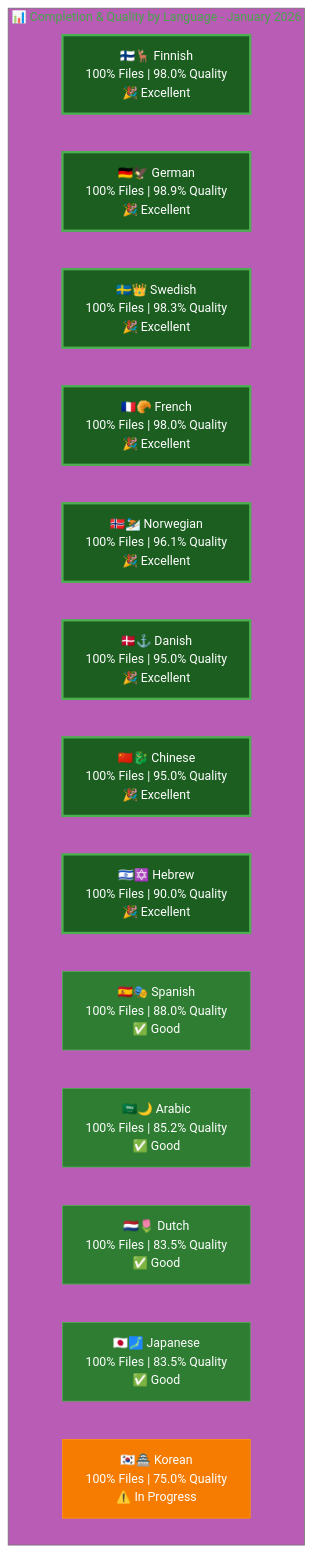
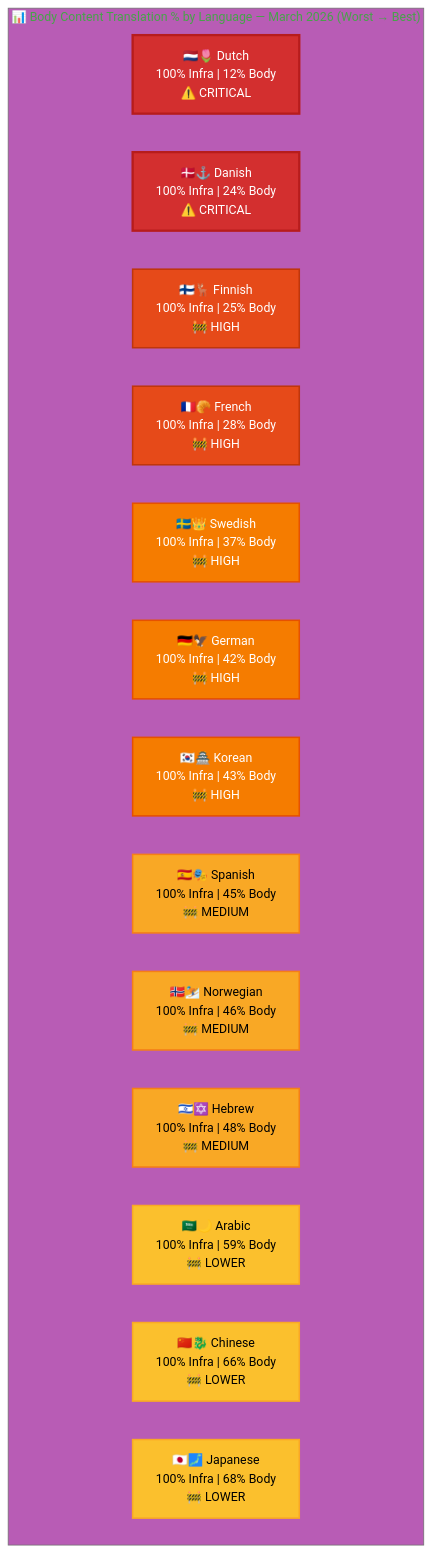
Before and after one commit to Hack23/homepage: the second of 2 diagrams in TRANSLATION_DOCUMENTATION_README.md, drawn with Mermaid. The commit also changed other lines of this file, not shown here.

Commit message:
Update TRANSLATION_DOCUMENTATION_README.md with accurate body content translation metrics

````diff
--- a/TRANSLATION_DOCUMENTATION_README.md
+++ b/TRANSLATION_DOCUMENTATION_README.md
@@ -343,35 +405,33 @@
 ```mermaid
 %%{init: {'theme':'base', 'themeVariables': { 'primaryColor':'#4CAF50','fontSize':'16px'}}}%%
 graph TB
-    subgraph "📊 Completion & Quality by Language - January 2026"
-        FI["🇫🇮🦌 Finnish<br/>100% Files | 98.0% Quality<br/>🎉 Excellent"]
-        DE["🇩🇪🦅 German<br/>100% Files | 98.9% Quality<br/>🎉 Excellent"]
-        SV["🇸🇪👑 Swedish<br/>100% Files | 98.3% Quality<br/>🎉 Excellent"]
-        FR["🇫🇷🥐 French<br/>100% Files | 98.0% Quality<br/>🎉 Excellent"]
-        
-        NO["🇳🇴⛷️ Norwegian<br/>100% Files | 96.1% Quality<br/>🎉 Excellent"]
-        DA["🇩🇰⚓ Danish<br/>100% Files | 95.0% Quality<br/>🎉 Excellent"]
-        ZH["🇨🇳🐉 Chinese<br/>100% Files | 95.0% Quality<br/>🎉 Excellent"]
-        HE["🇮🇱✡️ Hebrew<br/>100% Files | 90.0% Quality<br/>🎉 Excellent"]
-        
-        ES["🇪🇸🎭 Spanish<br/>100% Files | 88.0% Quality<br/>✅ Good"]
-        AR["🇸🇦🌙 Arabic<br/>100% Files | 85.2% Quality<br/>✅ Good"]
-        NL["🇳🇱🌷 Dutch<br/>100% Files | 83.5% Quality<br/>✅ Good"]
-        JA["🇯🇵🗾 Japanese<br/>100% Files | 83.5% Quality<br/>✅ Good"]
-        KO["🇰🇷🏯 Korean<br/>100% Files | 75.0% Quality<br/>⚠️ In Progress"]
-        
-        style FI fill:#1B5E20,stroke:#4CAF50,color:#fff,stroke-width:3px
-        style DE fill:#1B5E20,stroke:#4CAF50,color:#fff,stroke-width:3px
-        style SV fill:#1B5E20,stroke:#4CAF50,color:#fff,stroke-width:3px
-        style FR fill:#1B5E20,stroke:#4CAF50,color:#fff,stroke-width:3px
-        style NO fill:#1B5E20,stroke:#4CAF50,color:#fff,stroke-width:3px
-        style DA fill:#1B5E20,stroke:#4CAF50,color:#fff,stroke-width:3px
-        style ZH fill:#1B5E20,stroke:#4CAF50,color:#fff,stroke-width:3px
-        style HE fill:#1B5E20,stroke:#4CAF50,color:#fff,stroke-width:3px
-        style ES fill:#2E7D32,stroke:#4CAF50,color:#fff
-        style AR fill:#2E7D32,stroke:#4CAF50,color:#fff
-        style NL fill:#2E7D32,stroke:#4CAF50,color:#fff
-        style JA fill:#2E7D32,stroke:#4CAF50,color:#fff
-        style KO fill:#F57C00,stroke:#FF9800,color:#fff
+    subgraph "📊 Body Content Translation % by Language — March 2026 (Worst → Best)"
+        NL["🇳🇱🌷 Dutch\n100% Infra | 12% Body\n⚠️ CRITICAL"]
+        DA["🇩🇰⚓ Danish\n100% Infra | 24% Body\n⚠️ CRITICAL"]
+        FI["🇫🇮🦌 Finnish\n100% Infra | 25% Body\n🚧 HIGH"]
+        FR["🇫🇷🥐 French\n100% Infra | 28% Body\n🚧 HIGH"]
+        SV["🇸🇪👑 Swedish\n100% Infra | 37% Body\n🚧 HIGH"]
+        DE["🇩🇪🦅 German\n100% Infra | 42% Body\n🚧 HIGH"]
+        KO["🇰🇷🏯 Korean\n100% Infra | 43% Body\n🚧 HIGH"]
+        ES["🇪🇸🎭 Spanish\n100% Infra | 45% Body\n🚧 MEDIUM"]
+        NO["🇳🇴⛷️ Norwegian\n100% Infra | 46% Body\n🚧 MEDIUM"]
+        HE["🇮🇱✡️ Hebrew\n100% Infra | 48% Body\n🚧 MEDIUM"]
+        AR["🇸🇦🌙 Arabic\n100% Infra | 59% Body\n🚧 LOWER"]
+        ZH["🇨🇳🐉 Chinese\n100% Infra | 66% Body\n🚧 LOWER"]
+        JA["🇯🇵🗾 Japanese\n100% Infra | 68% Body\n🚧 LOWER"]
+
+        style NL fill:#D32F2F,stroke:#B71C1C,color:#fff,stroke-width:3px
+        style DA fill:#D32F2F,stroke:#B71C1C,color:#fff,stroke-width:3px
+        style FI fill:#E64A19,stroke:#BF360C,color:#fff,stroke-width:2px
+        style FR fill:#E64A19,stroke:#BF360C,color:#fff,stroke-width:2px
+        style SV fill:#F57C00,stroke:#E65100,color:#fff,stroke-width:2px
+        style DE fill:#F57C00,stroke:#E65100,color:#fff,stroke-width:2px
+        style KO fill:#F57C00,stroke:#E65100,color:#fff,stroke-width:2px
+        style ES fill:#F9A825,stroke:#F57F17,color:#000,stroke-width:2px
+        style NO fill:#F9A825,stroke:#F57F17,color:#000,stroke-width:2px
+        style HE fill:#F9A825,stroke:#F57F17,color:#000,stroke-width:2px
+        style AR fill:#FBC02D,stroke:#F9A825,color:#000,stroke-width:2px
+        style ZH fill:#FBC02D,stroke:#F9A825,color:#000,stroke-width:2px
+        style JA fill:#FBC02D,stroke:#F9A825,color:#000,stroke-width:2px
     end
 ```
````
